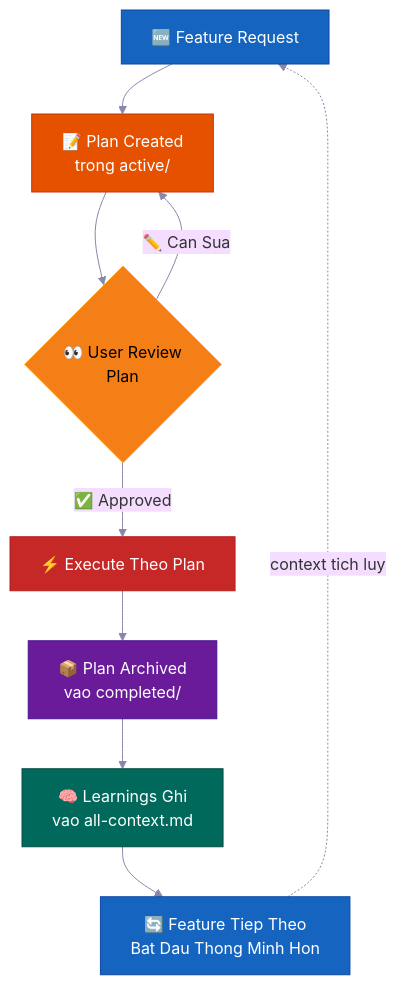
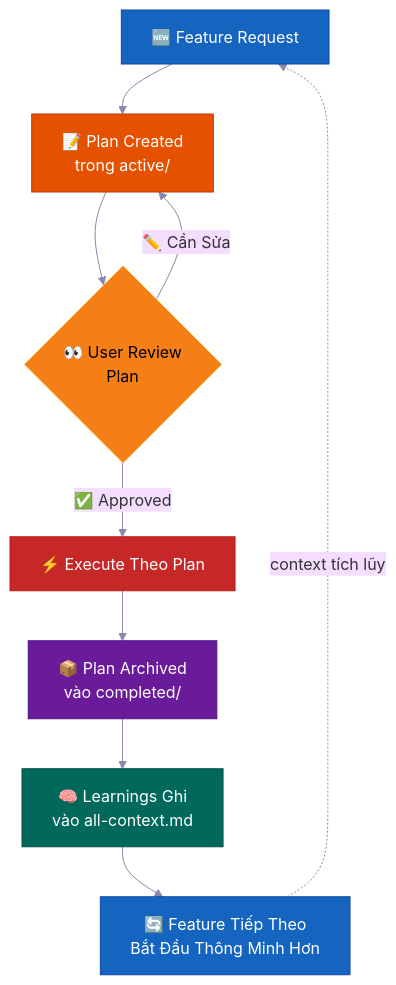
One commit to shan23/vibecode-pro-max-kit changed the third of 4 diagrams in docs/i18n/README.vi-VN.md. Above: the diagram before and after it, drawn with Mermaid. The commit also changed other lines of this file and 4 other files, not shown here.

````diff
--- a/docs/i18n/README.vi-VN.md
+++ b/docs/i18n/README.vi-VN.md
@@ -843,28 +849,28 @@
 ```mermaid
 %%{init: {'theme': 'base', 'themeVariables': {'fontSize': '16px', 'lineColor': '#8888AA'}} }%%
 flowchart TD
     A["🆕 Feature Request"]
     B["📝 Plan Created\ntrong active/"]
     C{"👀 User Review\nPlan"}
     D["⚡ Execute Theo Plan"]
-    E["📦 Plan Archived\nvao completed/"]
-    F["🧠 Learnings Ghi\nvao all-context.md"]
-    G["🔄 Feature Tiep Theo\nBat Dau Thong Minh Hon"]
+    E["📦 Plan Archived\nvào completed/"]
+    F["🧠 Learnings Ghi\nvào all-context.md"]
+    G["🔄 Feature Tiếp Theo\nBắt Đầu Thông Minh Hơn"]
 
     A --> B
     B --> C
     C -->|"✅ Approved"| D
-    C -->|"✏️ Can Sua"| B
+    C -->|"✏️ Cần Sửa"| B
     D --> E
     E --> F
     F --> G
-    G -.->|"context tich luy"| A
+    G -.->|"context tích lũy"| A
 
     style A fill:#1565C0,stroke:#0D47A1,color:#FFFFFF
     style B fill:#E65100,stroke:#BF360C,color:#FFFFFF
     style C fill:#F57F17,stroke:#F9A825,color:#000000
     style D fill:#C62828,stroke:#B71C1C,color:#FFFFFF
     style E fill:#6A1B9A,stroke:#4A148C,color:#FFFFFF
     style F fill:#00695C,stroke:#004D40,color:#FFFFFF
     style G fill:#1565C0,stroke:#0D47A1,color:#FFFFFF
 ```
````
